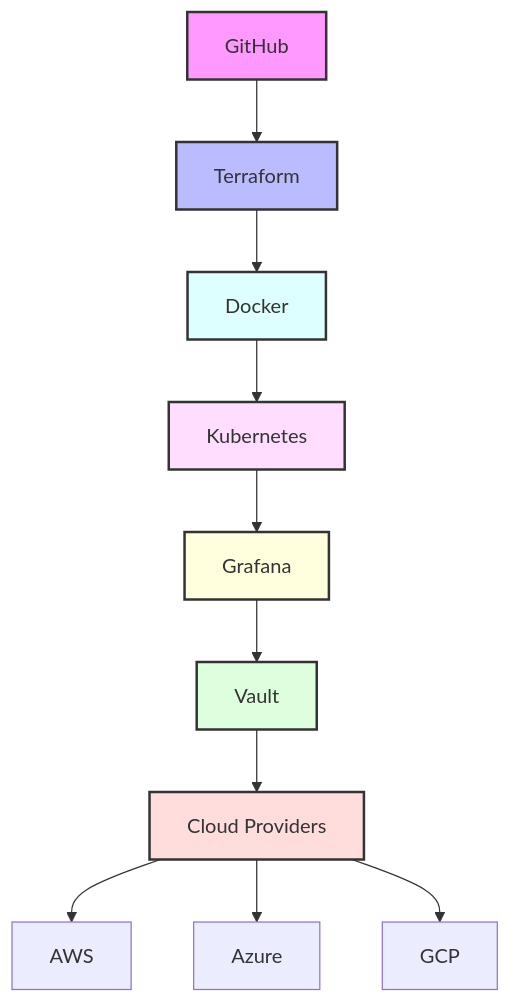
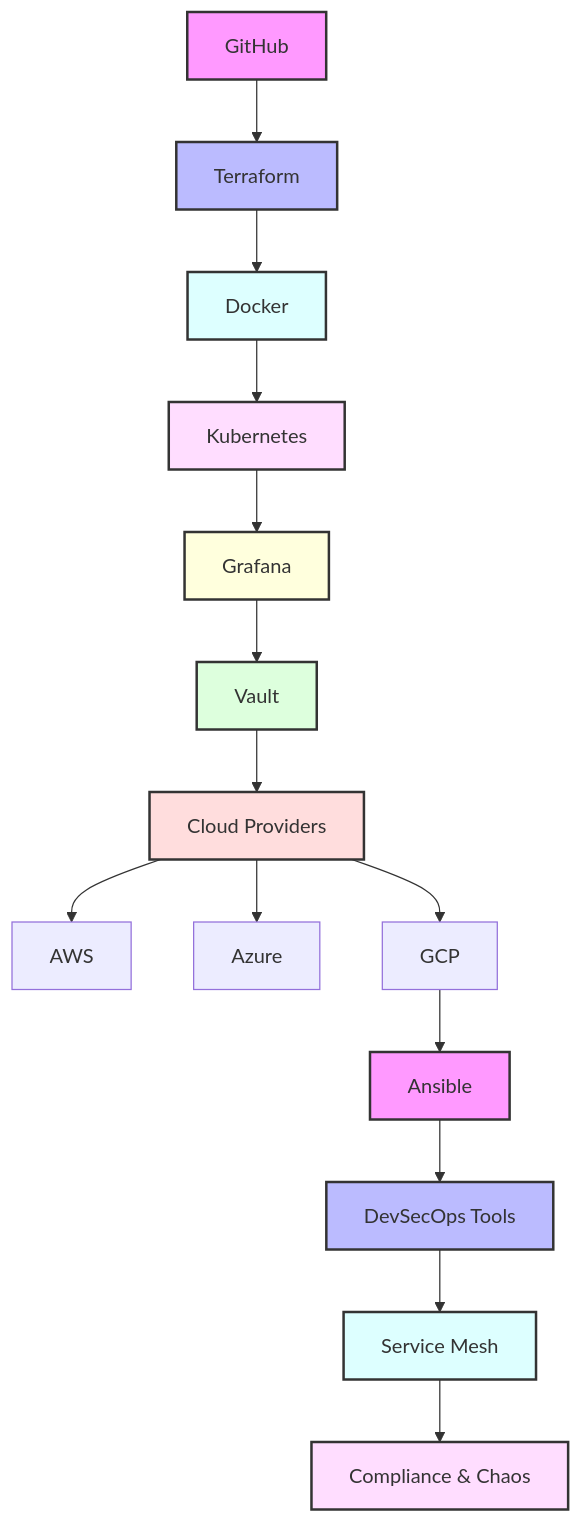
One commit to dbsectrainer/devOps_tools changed the first of 3 diagrams in README.md. Above: the diagram before and after it, drawn with Mermaid. The commit also changed other lines of this file and 35 other files, not shown here.

````diff
--- a/README.md
+++ b/README.md
@@ -3,20 +20,28 @@
 ```mermaid
 graph TD
     A[GitHub] --> B[Terraform]
     B --> C[Docker]
     C --> D[Kubernetes]
     D --> E[Grafana]
     E --> F[Vault]
     F --> G[Cloud Providers]
     G --> H1[AWS]
     G --> H2[Azure]
     G --> H3[GCP]
+    H3 --> I[Ansible]
+    I --> J[DevSecOps Tools]
+    J --> K[Service Mesh]
+    K --> L[Compliance & Chaos]
 
     style A fill:#f9f,stroke:#333,stroke-width:2px
     style B fill:#bbf,stroke:#333,stroke-width:2px
     style C fill:#dff,stroke:#333,stroke-width:2px
     style D fill:#fdf,stroke:#333,stroke-width:2px
     style E fill:#ffd,stroke:#333,stroke-width:2px
     style F fill:#dfd,stroke:#333,stroke-width:2px
     style G fill:#fdd,stroke:#333,stroke-width:2px
+    style I fill:#f9f,stroke:#333,stroke-width:2px
+    style J fill:#bbf,stroke:#333,stroke-width:2px
+    style K fill:#dff,stroke:#333,stroke-width:2px
+    style L fill:#fdf,stroke:#333,stroke-width:2px
 ```
````
